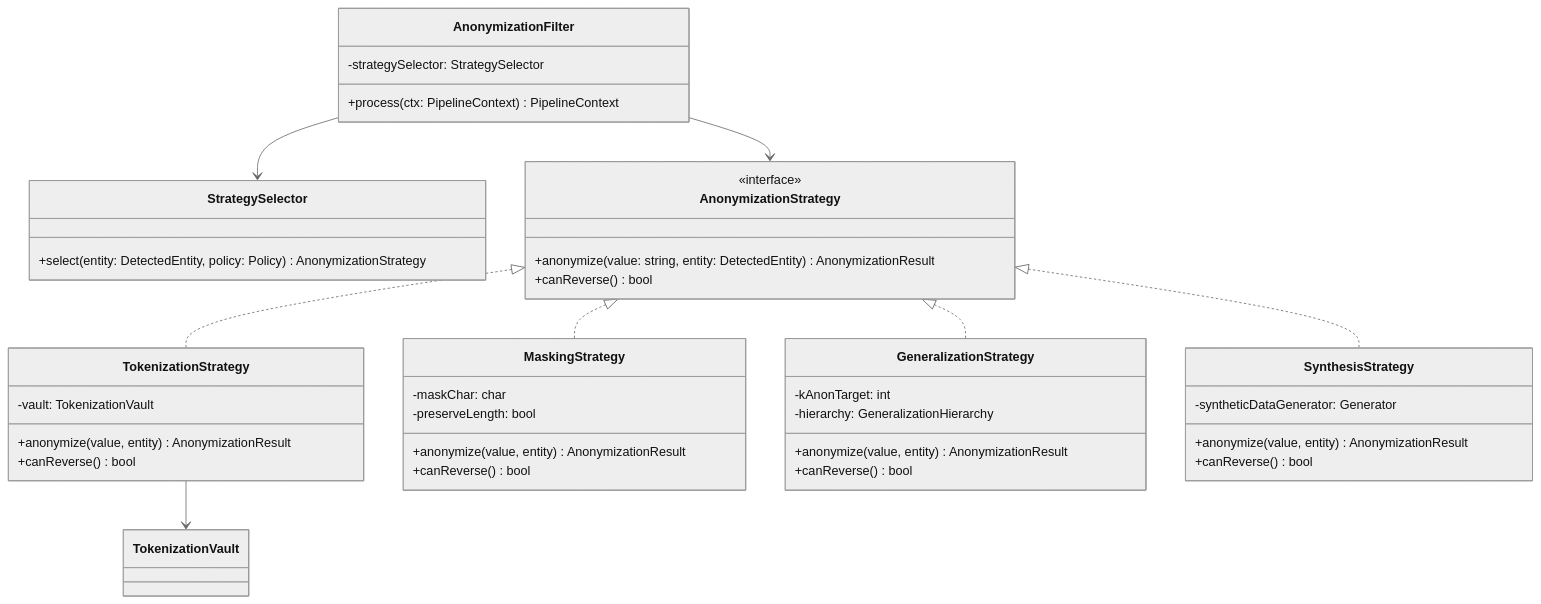
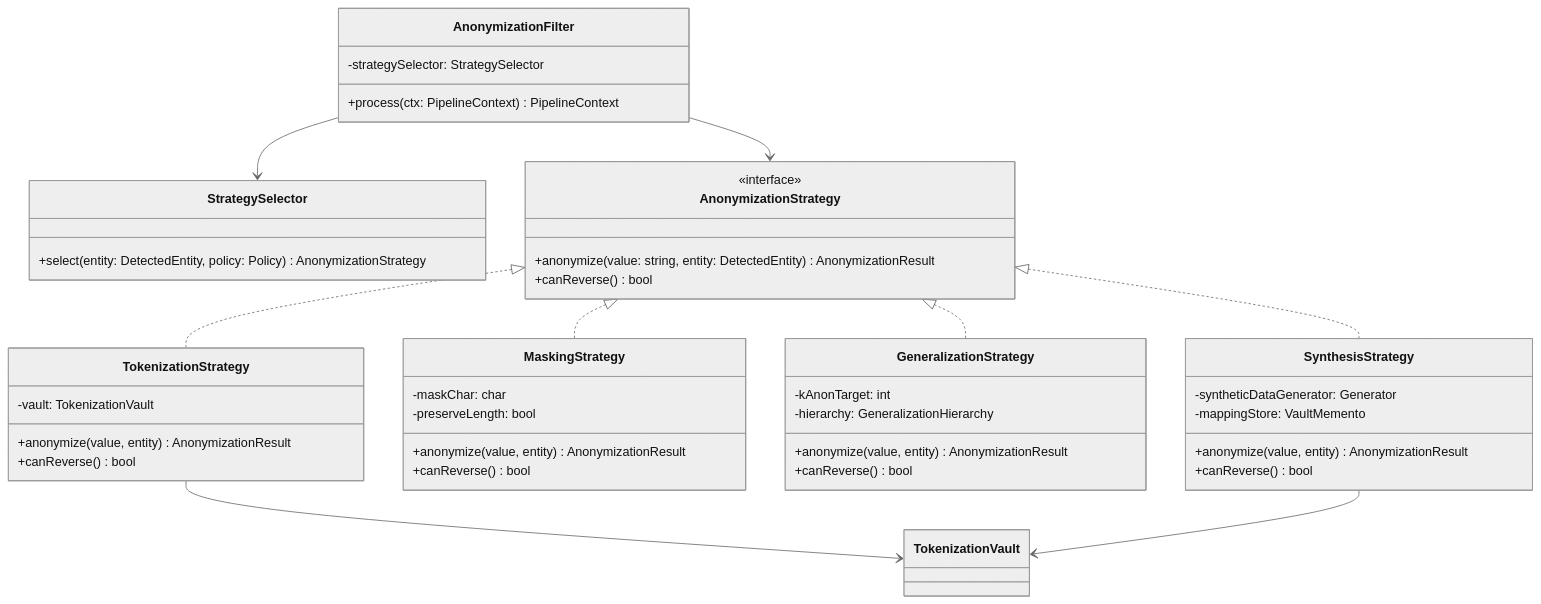
One commit to gniewekk/Privacy-Preserving-Context-Pipeline-for-LLMs-DP changed the third of 14 diagrams in ARCHITECTURE.md. Above: the diagram before and after it, drawn with Mermaid (neutral theme). The commit also changed other lines of this file, not shown here.

Commit message:
architecture changed

````diff
--- a/ARCHITECTURE.md
+++ b/ARCHITECTURE.md
@@ -157,45 +165,47 @@
 ```mermaid
 classDiagram
     class AnonymizationFilter {
         -strategySelector: StrategySelector
         +process(ctx: PipelineContext) PipelineContext
     }
     class StrategySelector {
         +select(entity: DetectedEntity, policy: Policy) AnonymizationStrategy
     }
     class AnonymizationStrategy {
         <<interface>>
         +anonymize(value: string, entity: DetectedEntity) AnonymizationResult
         +canReverse() bool
     }
     class TokenizationStrategy {
         -vault: TokenizationVault
         +anonymize(value, entity) AnonymizationResult
         +canReverse() bool
     }
     class MaskingStrategy {
         -maskChar: char
         -preserveLength: bool
         +anonymize(value, entity) AnonymizationResult
         +canReverse() bool
     }
     class GeneralizationStrategy {
         -kAnonTarget: int
         -hierarchy: GeneralizationHierarchy
         +anonymize(value, entity) AnonymizationResult
         +canReverse() bool
     }
     class SynthesisStrategy {
         -syntheticDataGenerator: Generator
+        -mappingStore: VaultMemento
         +anonymize(value, entity) AnonymizationResult
         +canReverse() bool
     }
 
     AnonymizationFilter --> StrategySelector
     AnonymizationFilter --> AnonymizationStrategy
     AnonymizationStrategy <|.. TokenizationStrategy
     AnonymizationStrategy <|.. MaskingStrategy
     AnonymizationStrategy <|.. GeneralizationStrategy
     AnonymizationStrategy <|.. SynthesisStrategy
     TokenizationStrategy --> TokenizationVault
+    SynthesisStrategy --> TokenizationVault
 ```
````
